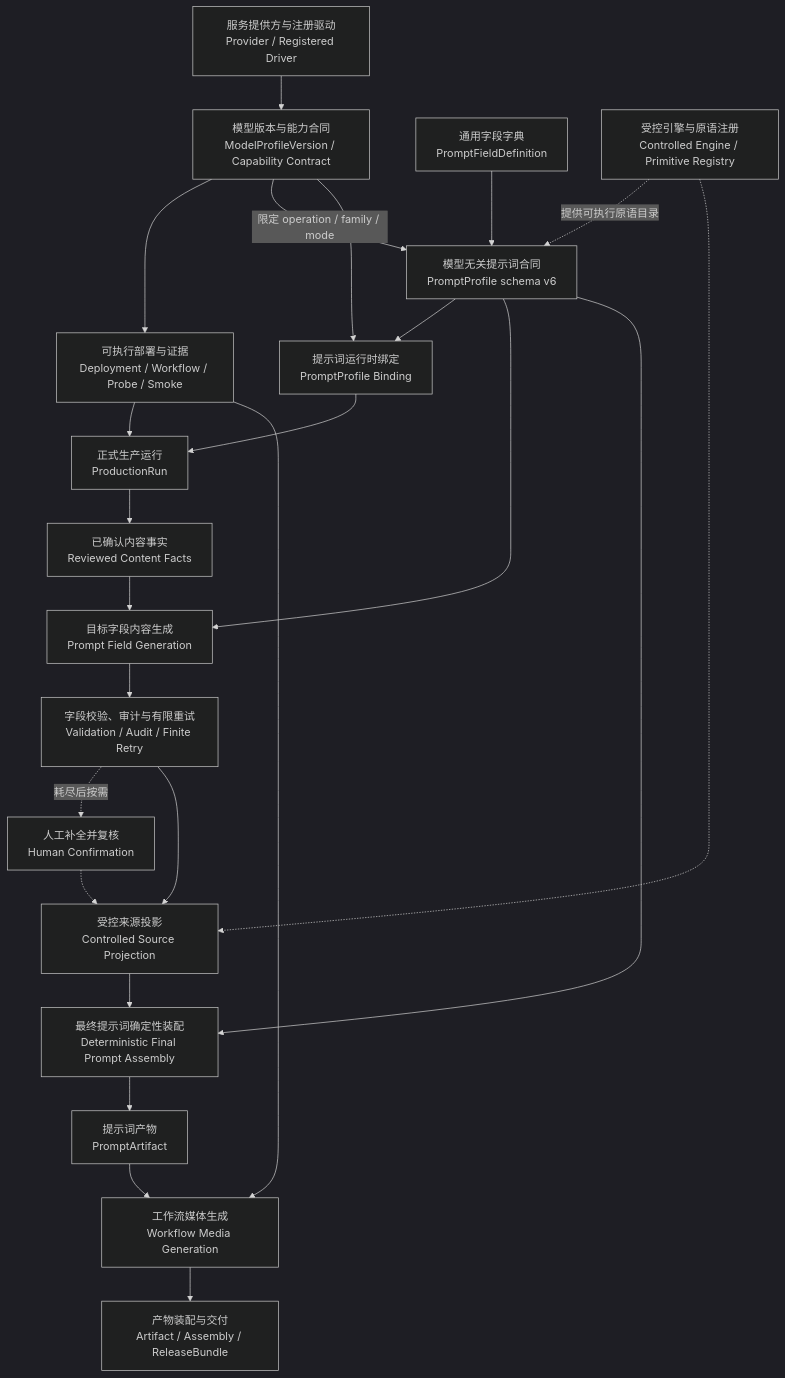
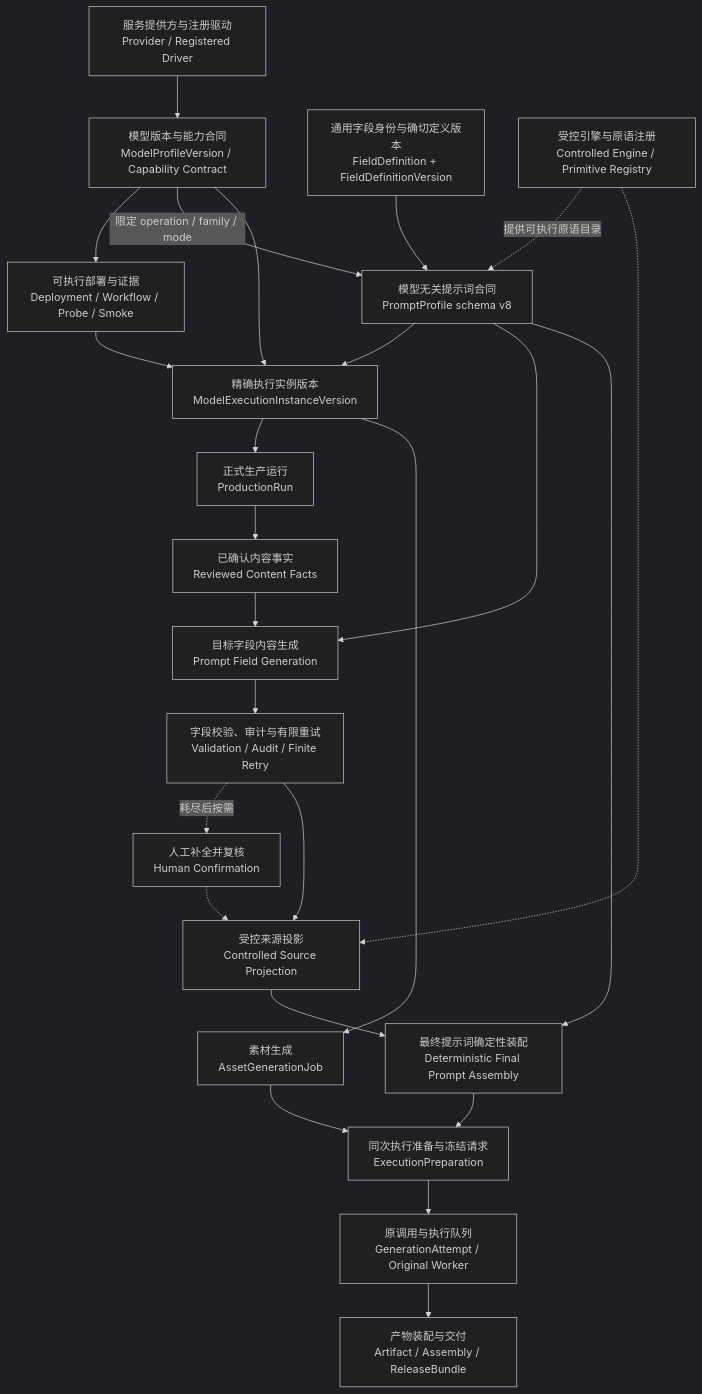
Before and after one commit to llcc0034/autocreatevideo: the first of 2 diagrams in docs/production-operator-manual.md, drawn with Mermaid (dark theme). The commit also changed other lines of this file and 2353 other files, not shown here.

First line of the commit message:
feat: unify production execution and configurable prompt workflows

````diff
--- a/docs/production-operator-manual.md
+++ b/docs/production-operator-manual.md
@@ -60,26 +64,27 @@
 ```mermaid
 flowchart TD
   provider["服务提供方与注册驱动<br/>Provider / Registered Driver"] --> capability["模型版本与能力合同<br/>ModelProfileVersion / Capability Contract"]
   capability --> evidence["可执行部署与证据<br/>Deployment / Workflow / Probe / Smoke"]
-  fields["通用字段字典<br/>PromptFieldDefinition"] --> profile["模型无关提示词合同<br/>PromptProfile schema v6"]
+  fields["通用字段身份与确切定义版本<br/>FieldDefinition + FieldDefinitionVersion"] --> profile["模型无关提示词合同<br/>PromptProfile schema v8"]
   capability -->|限定 operation / family / mode| profile
   adapter["受控引擎与原语注册<br/>Controlled Engine / Primitive Registry"] -.->|提供可执行原语目录| profile
-  profile --> binding["提示词运行时绑定<br/>PromptProfile Binding"]
-  capability --> binding
-  evidence --> run["正式生产运行<br/>ProductionRun"]
-  binding --> run
+  profile --> instance["精确执行实例版本<br/>ModelExecutionInstanceVersion"]
+  capability --> instance
+  evidence --> instance
+  instance --> run["正式生产运行<br/>ProductionRun"]
+  instance --> asset_job["素材生成<br/>AssetGenerationJob"]
   run --> reviewed["已确认内容事实<br/>Reviewed Content Facts"]
   reviewed --> field_generation["目标字段内容生成<br/>Prompt Field Generation"]
   profile --> field_generation
   field_generation --> validation["字段校验、审计与有限重试<br/>Validation / Audit / Finite Retry"]
   validation -.->|耗尽后按需| human["人工补全并复核<br/>Human Confirmation"]
   validation --> projection["受控来源投影<br/>Controlled Source Projection"]
   human -.-> projection
   adapter -.-> projection
   projection --> final_assembly["最终提示词确定性装配<br/>Deterministic Final Prompt Assembly"]
   profile --> final_assembly
-  final_assembly --> artifact["提示词产物<br/>PromptArtifact"]
-  artifact --> execution["工作流媒体生成<br/>Workflow Media Generation"]
-  evidence --> execution
+  final_assembly --> preparation["同次执行准备与冻结请求<br/>ExecutionPreparation"]
+  asset_job --> preparation
+  preparation --> execution["原调用与执行队列<br/>GenerationAttempt / Original Worker"]
   execution --> delivery["产物装配与交付<br/>Artifact / Assembly / ReleaseBundle"]
 ```
````
